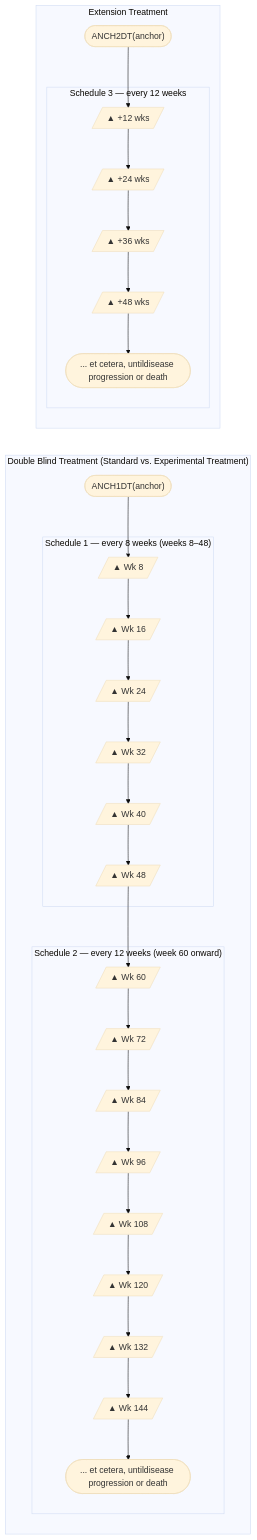
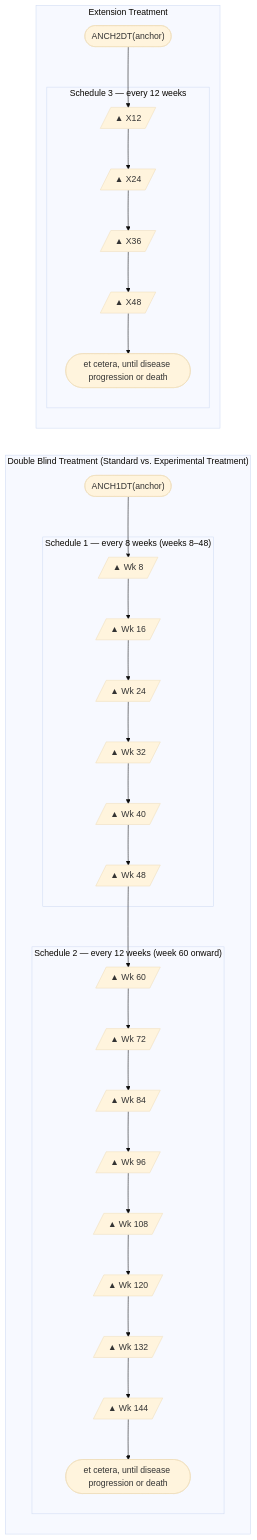
One commit to hakupao/sdtm-pedia changed the third of 3 diagrams in knowledge_base/domains/TD/examples.md. Above: the diagram before and after it, drawn with Mermaid (base theme). The commit also changed other lines of this file and 17 other files, not shown here.

First line of the commit message:
fix(kb): Tier B scan batch S-TDM — TA/TD/TM full scan (TD desc/spec/assum + asm 1 completion, Mermaid relabel + D6, spec footnotes + CT *) vs SDTMIG v3.4 (PASS; local)

````diff
--- a/knowledge_base/domains/TD/examples.md
+++ b/knowledge_base/domains/TD/examples.md
@@ -107,39 +113,39 @@
 ```mermaid
 graph LR
     subgraph DBT["Double Blind Treatment (Standard vs. Experimental Treatment)"]
         ANCH1DT(["ANCH1DT(anchor)"])
         subgraph S1["Schedule 1 — every 8 weeks (weeks 8–48)"]
             C8[/"▲ Wk 8"/]
             C16[/"▲ Wk 16"/]
             C24[/"▲ Wk 24"/]
             C32[/"▲ Wk 32"/]
             C40[/"▲ Wk 40"/]
             C48[/"▲ Wk 48"/]
         end
         subgraph S2["Schedule 2 — every 12 weeks (week 60 onward)"]
             C60[/"▲ Wk 60"/]
             C72[/"▲ Wk 72"/]
             C84[/"▲ Wk 84"/]
             C96[/"▲ Wk 96"/]
             C108[/"▲ Wk 108"/]
             C120[/"▲ Wk 120"/]
             C132[/"▲ Wk 132"/]
             C144[/"▲ Wk 144"/]
-            ETC1(["... et cetera, untildisease progression or death"])
+            ETC1(["et cetera, until disease progression or death"])
         end
         ANCH1DT --> C8 --> C16 --> C24 --> C32 --> C40 --> C48
         C48 --> C60 --> C72 --> C84 --> C96 --> C108 --> C120 --> C132 --> C144 --> ETC1
     end
 
     subgraph EXT["Extension Treatment"]
         ANCH2DT(["ANCH2DT(anchor)"])
         subgraph S3["Schedule 3 — every 12 weeks"]
-            D12[/"▲ +12 wks"/]
-            D24[/"▲ +24 wks"/]
-            D36[/"▲ +36 wks"/]
-            D48[/"▲ +48 wks"/]
-            ETC2(["... et cetera, untildisease progression or death"])
+            D12[/"▲ X12"/]
+            D24[/"▲ X24"/]
+            D36[/"▲ X36"/]
+            D48[/"▲ X48"/]
+            ETC2(["et cetera, until disease progression or death"])
         end
         ANCH2DT --> D12 --> D24 --> D36 --> D48 --> ETC2
     end
 ```
````
